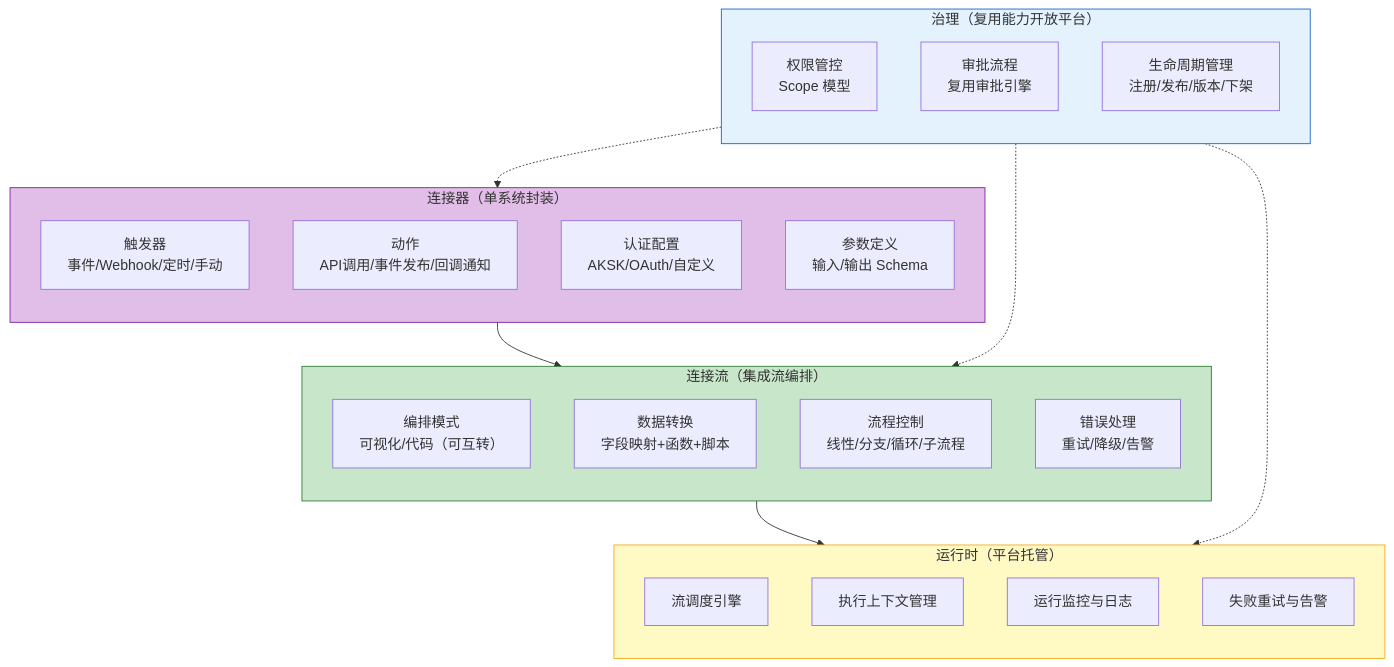
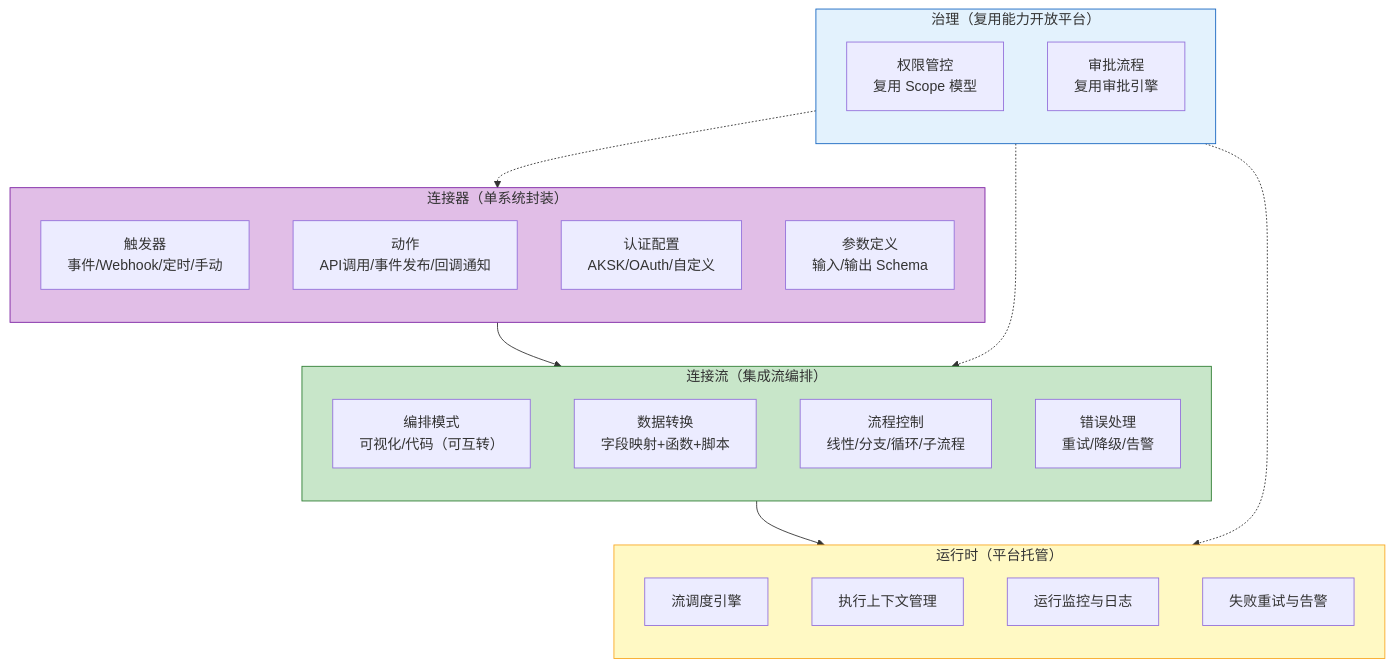
One commit to THZSummer/open-app changed the fourth of 10 diagrams in .sddu/specs-tree-root/specs-tree-connector-platform/discovery-report.md. Above: the diagram before and after it, drawn with Mermaid. The commit also changed other lines of this file, not shown here.

````diff
--- a/.sddu/specs-tree-root/specs-tree-connector-platform/discovery-report.md
+++ b/.sddu/specs-tree-root/specs-tree-connector-platform/discovery-report.md
@@ -170,44 +170,43 @@
 ```mermaid
 flowchart TB
     subgraph Connector["连接器（单系统封装）"]
         direction TB
         CT[触发器<br/>事件/Webhook/定时/手动]
         CA[动作<br/>API调用/事件发布/回调通知]
         CAuth[认证配置<br/>AKSK/OAuth/自定义]
         CSchema[参数定义<br/>输入/输出 Schema]
     end
     
     subgraph Flow["连接流（集成流编排）"]
         direction TB
         FEdit[编排模式<br/>可视化/代码（可互转）]
         FTrans[数据转换<br/>字段映射+函数+脚本]
         FCtrl[流程控制<br/>线性/分支/循环/子流程]
         FError[错误处理<br/>重试/降级/告警]
     end
     
     subgraph Runtime["运行时（平台托管）"]
         direction TB
         RSchedule[流调度引擎]
         RExec[执行上下文管理]
         RMonitor[运行监控与日志]
         RRetry[失败重试与告警]
     end
     
     subgraph Governance["治理（复用能力开放平台）"]
         direction TB
-        GPerm[权限管控<br/>Scope 模型]
+        GPerm[权限管控<br/>复用 Scope 模型]
         GApproval[审批流程<br/>复用审批引擎]
-        GLifecycle[生命周期管理<br/>注册/发布/版本/下架]
     end
     
     Connector --> Flow
     Flow --> Runtime
     Governance -.-> Connector
     Governance -.-> Flow
     Governance -.-> Runtime
     
     style Connector fill:#e1bee7,stroke:#7b1fa2
     style Flow fill:#c8e6c9,stroke:#2e7d32
     style Runtime fill:#fff9c4,stroke:#f9a825
     style Governance fill:#e3f2fd,stroke:#1565c0
 ```
````
